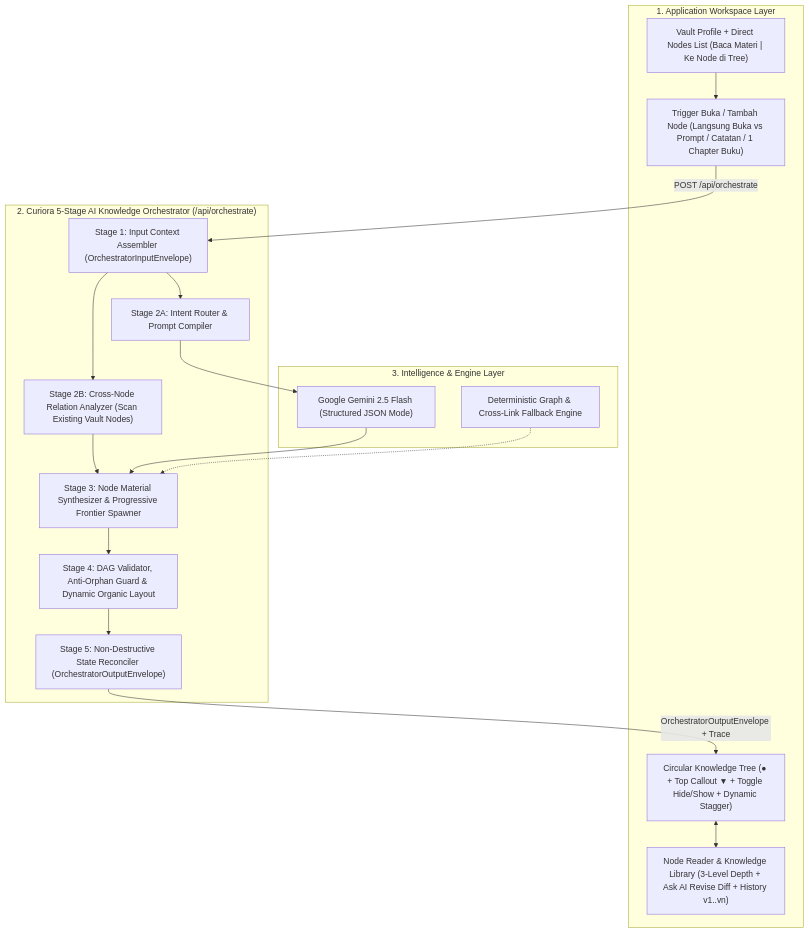
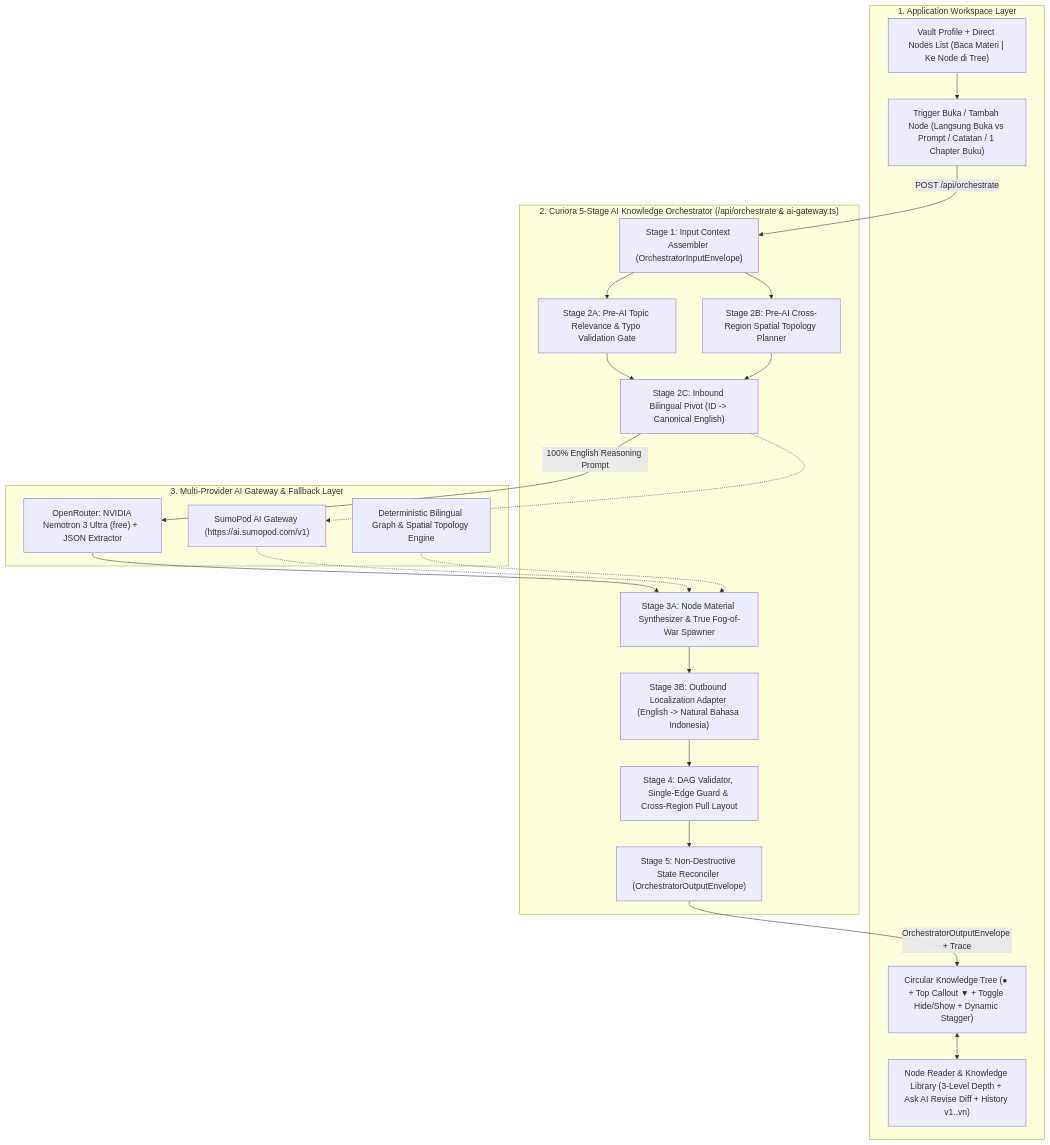
Before and after one commit to shinoaaa/study-explore: the diagram in README.md, drawn with Mermaid. The commit also changed other lines of this file and 8 other files, not shown here.

Commit message:
feat(ai-gateway): integrate OpenRouter NVIDIA Nemotron 3 Ultra free, ID-EN-ID bilingual pivot, and SumoPod gateway

````diff
--- a/README.md
+++ b/README.md
@@ -96,36 +96,43 @@
 ```mermaid
 flowchart TD
     subgraph Workspace["1. Application Workspace Layer"]
         VP["Vault Profile + Direct Nodes List (Baca Materi | Ke Node di Tree)"]
         TRIG["Trigger Buka / Tambah Node (Langsung Buka vs Prompt / Catatan / 1 Chapter Buku)"]
         TREE["Circular Knowledge Tree (● + Top Callout ▼ + Toggle Hide/Show + Dynamic Stagger)"]
         LIB["Node Reader & Knowledge Library (3-Level Depth + Ask AI Revise Diff + History v1..vn)"]
     end
 
-    subgraph Orchestrator["2. Curiora 5-Stage AI Knowledge Orchestrator (/api/orchestrate)"]
+    subgraph Orchestrator["2. Curiora 5-Stage AI Knowledge Orchestrator (/api/orchestrate & ai-gateway.ts)"]
         S1["Stage 1: Input Context Assembler (OrchestratorInputEnvelope)"]
-        S2A["Stage 2A: Intent Router & Prompt Compiler"]
-        S2B["Stage 2B: Cross-Node Relation Analyzer (Scan Existing Vault Nodes)"]
-        S3["Stage 3: Node Material Synthesizer & Progressive Frontier Spawner"]
-        S4["Stage 4: DAG Validator, Anti-Orphan Guard & Dynamic Organic Layout"]
+        S2A["Stage 2A: Pre-AI Topic Relevance & Typo Validation Gate"]
+        S2B["Stage 2B: Pre-AI Cross-Region Spatial Topology Planner"]
+        S2C["Stage 2C: Inbound Bilingual Pivot (ID -> Canonical English)"]
+        S3A["Stage 3A: Node Material Synthesizer & True Fog-of-War Spawner"]
+        S3B["Stage 3B: Outbound Localization Adapter (English -> Natural Bahasa Indonesia)"]
+        S4["Stage 4: DAG Validator, Single-Edge Guard & Cross-Region Pull Layout"]
         S5["Stage 5: Non-Destructive State Reconciler (OrchestratorOutputEnvelope)"]
     end
 
-    subgraph Engine["3. Intelligence & Engine Layer"]
-        GEMINI["Google Gemini 2.5 Flash (Structured JSON Mode)"]
-        FALLBACK["Deterministic Graph & Cross-Link Fallback Engine"]
+    subgraph Engine["3. Multi-Provider AI Gateway & Fallback Layer"]
+        OPENROUTER["OpenRouter: NVIDIA Nemotron 3 Ultra (free) + <think> JSON Extractor"]
+        SUMOPOD["SumoPod AI Gateway (https://ai.sumopod.com/v1)"]
+        FALLBACK["Deterministic Bilingual Graph & Spatial Topology Engine"]
     end
 
     VP --> TRIG
     TRIG -->|POST /api/orchestrate| S1
     S1 --> S2A
     S1 --> S2B
-    S2A --> GEMINI
-    S2B --> S3
-    GEMINI --> S3
-    FALLBACK -.-> S3
-    S3 --> S4
+    S2A --> S2C
+    S2B --> S2C
+    S2C -->|100% English Reasoning Prompt| OPENROUTER
+    S2C -.-> SUMOPOD
+    OPENROUTER --> S3A
+    SUMOPOD -.-> S3A
+    FALLBACK -.-> S3A
+    S3A --> S3B
+    S3B --> S4
     S4 --> S5
     S5 -->|OrchestratorOutputEnvelope + Trace| TREE
     TREE <--> LIB
 ```
````
